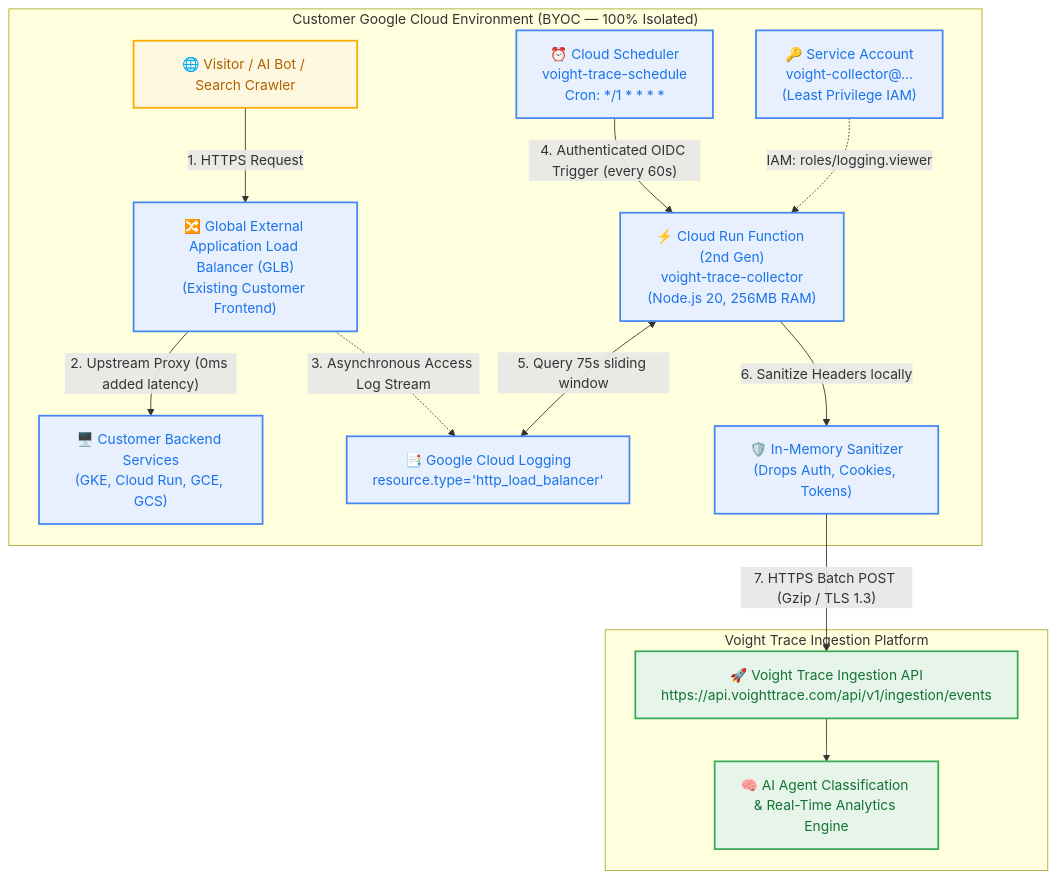
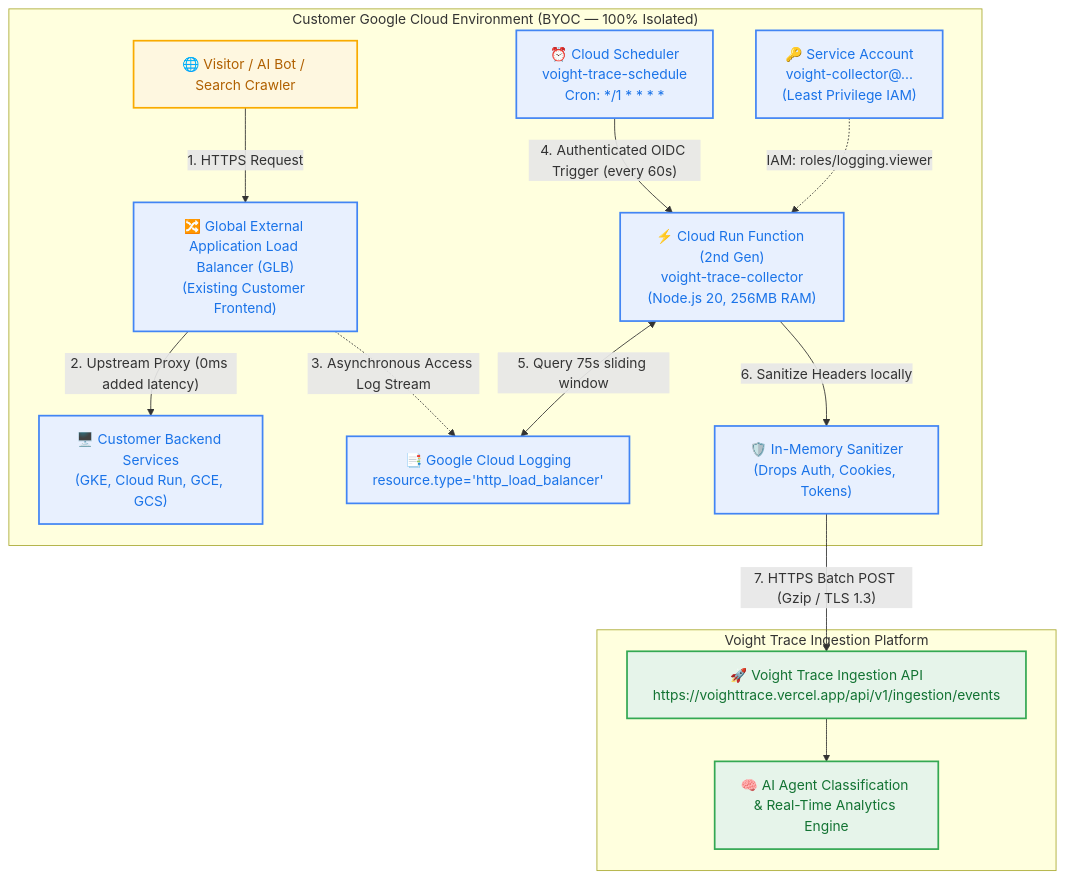
The diagram in README.md (voight-trace/gcp-collector), drawn with Mermaid before and after one commit. The commit also changed 3 other files, not shown here.

Commit message:
fix(ingestion): set canonical ingestion endpoint to https://voighttrace.vercel.app/api/v1/ingestion/events

````diff
--- a/README.md
+++ b/README.md
@@ -25,35 +25,35 @@
 ```mermaid
 flowchart TD
     classDef gcp fill:#e8f0fe,stroke:#4285f4,stroke-width:2px,color:#1a73e8;
     classDef voight fill:#e6f4ea,stroke:#34a853,stroke-width:2px,color:#137333;
     classDef traffic fill:#fef7e0,stroke:#f9ab00,stroke-width:2px,color:#b06000;
 
     subgraph ClientGCP ["Customer Google Cloud Environment (BYOC — 100% Isolated)"]
         User["🌐 Visitor / AI Bot / Search Crawler"]:::traffic
         GLB["🔀 Global External Application Load Balancer (GLB)<br/>(Existing Customer Frontend)"]:::gcp
         Backend["🖥️ Customer Backend Services<br/>(GKE, Cloud Run, GCE, GCS)"]:::gcp
         CloudLogging["📑 Google Cloud Logging<br/>resource.type='http_load_balancer'"]:::gcp
         
         Scheduler["⏰ Cloud Scheduler<br/>voight-trace-schedule<br/>Cron: */1 * * * *"]:::gcp
         ServiceAccount["🔑 Service Account<br/>voight-collector@...<br/>(Least Privilege IAM)"]:::gcp
         CloudRunFunc["⚡ Cloud Run Function (2nd Gen)<br/>voight-trace-collector<br/>(Node.js 20, 256MB RAM)"]:::gcp
         Sanitizer["🛡️ In-Memory Sanitizer<br/>(Drops Auth, Cookies, Tokens)"]:::gcp
 
         User -->|"1. HTTPS Request"| GLB
         GLB -->|"2. Upstream Proxy (0ms added latency)"| Backend
         GLB -.->|"3. Asynchronous Access Log Stream"| CloudLogging
         
         Scheduler -->|"4. Authenticated OIDC Trigger (every 60s)"| CloudRunFunc
         ServiceAccount -.->|"IAM: roles/logging.viewer"| CloudRunFunc
         CloudRunFunc <-->|"5. Query 75s sliding window"| CloudLogging
         CloudRunFunc -->|"6. Sanitize Headers locally"| Sanitizer
     end
 
     subgraph VoightPlatform ["Voight Trace Ingestion Platform"]
-        IngestionAPI["🚀 Voight Trace Ingestion API<br/>https://api.voighttrace.com/api/v1/ingestion/events"]:::voight
+        IngestionAPI["🚀 Voight Trace Ingestion API<br/>https://voighttrace.vercel.app/api/v1/ingestion/events"]:::voight
         AnalyticsEngine["🧠 AI Agent Classification & Real-Time Analytics Engine"]:::voight
         
         Sanitizer -->|"7. HTTPS Batch POST (Gzip / TLS 1.3)"| IngestionAPI
         IngestionAPI --> AnalyticsEngine
     end
 ```
````
